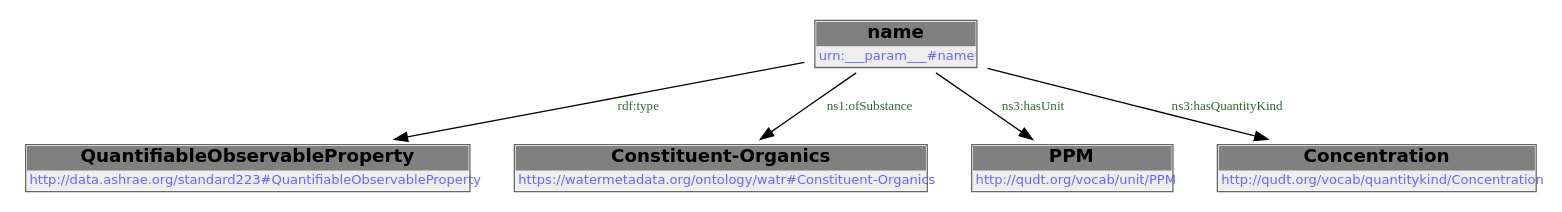
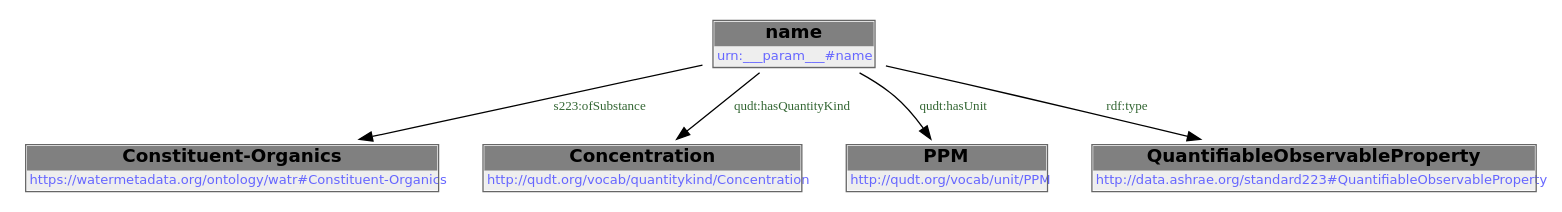
The diagram in docs/libraries/templates/toc-ppm.rst (DataDrivenCPS/water-ontology), drawn with Graphviz before and after one commit. The commit also changed other lines of this file and 83 other files, not shown here.

```diff
--- a/docs/libraries/templates/toc-ppm.rst
+++ b/docs/libraries/templates/toc-ppm.rst
@@ -63,14 +57,19 @@
-        .. graphviz::
+.. graphviz::
 
-                digraph G {
-            node [fontname="DejaVu Sans"];
-            node0 -> node1 [color=BLACK, label=< <font point-size='10' color='#336633'>rdf:type</font> >];
-            node0 -> node2 [color=BLACK, label=< <font point-size='10' color='#336633'>ns1:ofSubstance</font> >];
-            node0 -> node3 [color=BLACK, label=< <font point-size='10' color='#336633'>ns3:hasUnit</font> >];
-            node0 -> node4 [color=BLACK, label=< <font point-size='10' color='#336633'>ns3:hasQuantityKind</font> >];
-            node0 [shape=none, color=black, label=< <table color='#666666' cellborder='0' cellspacing='0' border='1'><tr><td colspan='2' bgcolor='grey'><B>name</B></td></tr><tr><td href='urn:___param___#name' bgcolor='#eeeeee' colspan='2'><font point-size='10' color='#6666ff'>urn:___param___#name</font></td></tr></table> >];
-            node1 [shape=none, color=black, label=< <table color='#666666' cellborder='0' cellspacing='0' border='1'><tr><td colspan='2' bgcolor='grey'><B>QuantifiableObservableProperty</B></td></tr><tr><td href='http://data.ashrae.org/standard223#QuantifiableObservableProperty' bgcolor='#eeeeee' colspan='2'><font point-size='10' color='#6666ff'>http://data.ashrae.org/standard223#QuantifiableObservableProperty</font></td></tr></table> >];
-            node2 [shape=none, color=black, label=< <table color='#666666' cellborder='0' cellspacing='0' border='1'><tr><td colspan='2' bgcolor='grey'><B>Constituent-Organics</B></td></tr><tr><td href='https://watermetadata.org/ontology/watr#Constituent-Organics' bgcolor='#eeeeee' colspan='2'><font point-size='10' color='#6666ff'>https://watermetadata.org/ontology/watr#Constituent-Organics</font></td></tr></table> >];
-            node3 [shape=none, color=black, label=< <table color='#666666' cellborder='0' cellspacing='0' border='1'><tr><td colspan='2' bgcolor='grey'><B>PPM</B></td></tr><tr><td href='http://qudt.org/vocab/unit/PPM' bgcolor='#eeeeee' colspan='2'><font point-size='10' color='#6666ff'>http://qudt.org/vocab/unit/PPM</font></td></tr></table> >];
-            node4 [shape=none, color=black, label=< <table color='#666666' cellborder='0' cellspacing='0' border='1'><tr><td colspan='2' bgcolor='grey'><B>Concentration</B></td></tr><tr><td href='http://qudt.org/vocab/quantitykind/Concentration' bgcolor='#eeeeee' colspan='2'><font point-size='10' color='#6666ff'>http://qudt.org/vocab/quantitykind/Concentration</font></td></tr></table> >];
-            }
+    digraph {
+     node [ fontname="DejaVu Sans" ] ;
+        node0 -> node1 [ color=BLACK, label=< <font point-size='10' color='#336633'>s223:ofSubstance</font> > ] ;
+        node0 -> node2 [ color=BLACK, label=< <font point-size='10' color='#336633'>qudt:hasQuantityKind</font> > ] ;
+        node0 -> node3 [ color=BLACK, label=< <font point-size='10' color='#336633'>qudt:hasUnit</font> > ] ;
+        node0 -> node4 [ color=BLACK, label=< <font point-size='10' color='#336633'>rdf:type</font> > ] ;
+    # urn:___param___#name node0
+    node0 [ shape=none, color=black label=< <table color='#666666' cellborder='0' cellspacing='0' border='1'><tr><td colspan='2' bgcolor='grey'><B>name</B></td></tr><tr><td href='urn:___param___#name' bgcolor='#eeeeee' colspan='2'><font point-size='10' color='#6666ff'>urn:___param___#name</font></td></tr></table> > ]
+    # https://watermetadata.org/ontology/watr#Constituent-Organics node1
+    node1 [ shape=none, color=black label=< <table color='#666666' cellborder='0' cellspacing='0' border='1'><tr><td colspan='2' bgcolor='grey'><B>Constituent-Organics</B></td></tr><tr><td href='https://watermetadata.org/ontology/watr#Constituent-Organics' bgcolor='#eeeeee' colspan='2'><font point-size='10' color='#6666ff'>https://watermetadata.org/ontology/watr#Constituent-Organics</font></td></tr></table> > ]
+    # http://qudt.org/vocab/quantitykind/Concentration node2
+    node2 [ shape=none, color=black label=< <table color='#666666' cellborder='0' cellspacing='0' border='1'><tr><td colspan='2' bgcolor='grey'><B>Concentration</B></td></tr><tr><td href='http://qudt.org/vocab/quantitykind/Concentration' bgcolor='#eeeeee' colspan='2'><font point-size='10' color='#6666ff'>http://qudt.org/vocab/quantitykind/Concentration</font></td></tr></table> > ]
+    # http://qudt.org/vocab/unit/PPM node3
+    node3 [ shape=none, color=black label=< <table color='#666666' cellborder='0' cellspacing='0' border='1'><tr><td colspan='2' bgcolor='grey'><B>PPM</B></td></tr><tr><td href='http://qudt.org/vocab/unit/PPM' bgcolor='#eeeeee' colspan='2'><font point-size='10' color='#6666ff'>http://qudt.org/vocab/unit/PPM</font></td></tr></table> > ]
+    # http://data.ashrae.org/standard223#QuantifiableObservableProperty node4
+    node4 [ shape=none, color=black label=< <table color='#666666' cellborder='0' cellspacing='0' border='1'><tr><td colspan='2' bgcolor='grey'><B>QuantifiableObservableProperty</B></td></tr><tr><td href='http://data.ashrae.org/standard223#QuantifiableObservableProperty' bgcolor='#eeeeee' colspan='2'><font point-size='10' color='#6666ff'>http://data.ashrae.org/standard223#QuantifiableObservableProperty</font></td></tr></table> > ]
+    }
```
